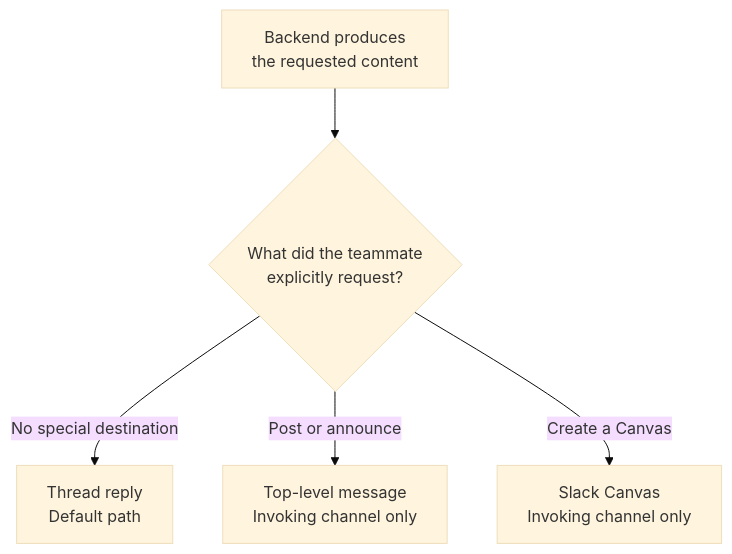
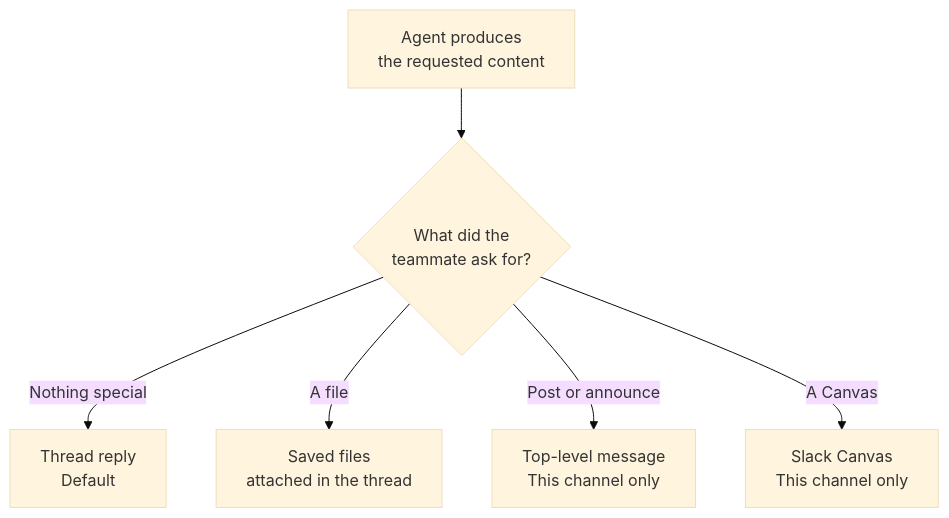
One commit to klovr-co/hover-tag changed diagram 11 of 16 in docs/user-flows.md. Above: the diagram before and after it, drawn with Mermaid (base theme). The commit also changed other lines of this file and 48 other files, not shown here.

````diff
--- a/docs/user-flows.md
+++ b/docs/user-flows.md
@@ -457,13 +411,15 @@
 ```mermaid
 flowchart TD
-    Result["Backend produces<br/>the requested content"]
-    Destination{"What did the teammate<br/>explicitly request?"}
-    Thread["Thread reply<br/>Default path"]
-    Channel["Top-level message<br/>Invoking channel only"]
-    Canvas["Slack Canvas<br/>Invoking channel only"]
+    Result["Agent produces<br/>the requested content"]
+    Destination{"What did the<br/>teammate ask for?"}
+    Thread["Thread reply<br/>Default"]
+    Files["Saved files<br/>attached in the thread"]
+    Channel["Top-level message<br/>This channel only"]
+    Canvas["Slack Canvas<br/>This channel only"]
 
     Result --> Destination
-    Destination -->|No special destination| Thread
+    Destination -->|Nothing special| Thread
+    Destination -->|A file| Files
     Destination -->|Post or announce| Channel
-    Destination -->|Create a Canvas| Canvas
+    Destination -->|A Canvas| Canvas
 ```
````
